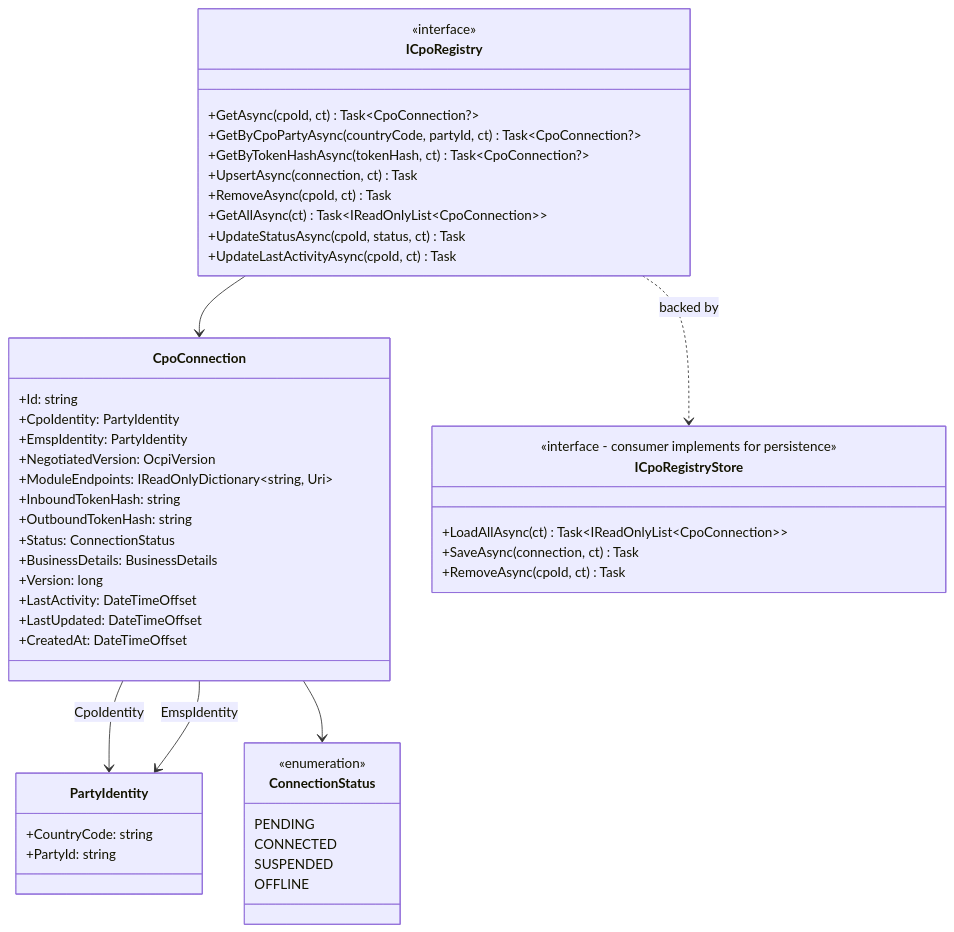
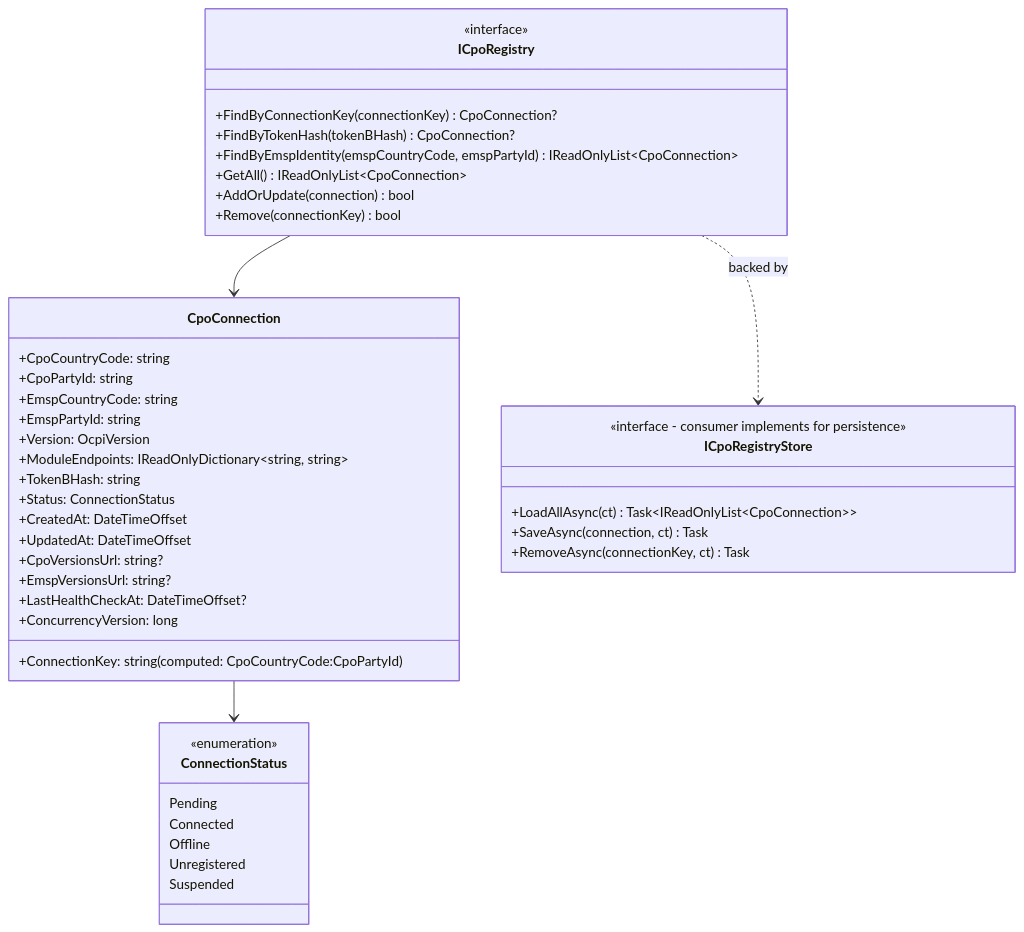
Diagram 24 of 34 in docs/architecture.md (hannan-m/DotOcpi), drawn with Mermaid before and after one commit. The commit also changed other lines of this file, not shown here.

First line of the commit message:
fix architecture.md to match actual implementation

````diff
--- a/docs/architecture.md
+++ b/docs/architecture.md
@@ -906,56 +923,50 @@
 ```mermaid
 classDiagram
     class ICpoRegistry {
         <<interface>>
-        +GetAsync(cpoId, ct) Task~CpoConnection?~
-        +GetByCpoPartyAsync(countryCode, partyId, ct) Task~CpoConnection?~
-        +GetByTokenHashAsync(tokenHash, ct) Task~CpoConnection?~
-        +UpsertAsync(connection, ct) Task
-        +RemoveAsync(cpoId, ct) Task
-        +GetAllAsync(ct) Task~IReadOnlyList~CpoConnection~~
-        +UpdateStatusAsync(cpoId, status, ct) Task
-        +UpdateLastActivityAsync(cpoId, ct) Task
+        +FindByConnectionKey(connectionKey) CpoConnection?
+        +FindByTokenHash(tokenBHash) CpoConnection?
+        +FindByEmspIdentity(emspCountryCode, emspPartyId) IReadOnlyList~CpoConnection~
+        +GetAll() IReadOnlyList~CpoConnection~
+        +AddOrUpdate(connection) bool
+        +Remove(connectionKey) bool
     }
 
     class CpoConnection {
-        +Id: string
-        +CpoIdentity: PartyIdentity
-        +EmspIdentity: PartyIdentity
-        +NegotiatedVersion: OcpiVersion
-        +ModuleEndpoints: IReadOnlyDictionary~string, Uri~
-        +InboundTokenHash: string
-        +OutboundTokenHash: string
+        +ConnectionKey: string (computed: CpoCountryCode:CpoPartyId)
+        +CpoCountryCode: string
+        +CpoPartyId: string
+        +EmspCountryCode: string
+        +EmspPartyId: string
+        +Version: OcpiVersion
+        +ModuleEndpoints: IReadOnlyDictionary~string, string~
+        +TokenBHash: string
         +Status: ConnectionStatus
-        +BusinessDetails: BusinessDetails
-        +Version: long
-        +LastActivity: DateTimeOffset
-        +LastUpdated: DateTimeOffset
         +CreatedAt: DateTimeOffset
-    }
-
-    class PartyIdentity {
-        +CountryCode: string
-        +PartyId: string
+        +UpdatedAt: DateTimeOffset
+        +CpoVersionsUrl: string?
+        +EmspVersionsUrl: string?
+        +LastHealthCheckAt: DateTimeOffset?
+        +ConcurrencyVersion: long
     }
 
     class ConnectionStatus {
         <<enumeration>>
-        PENDING
-        CONNECTED
-        SUSPENDED
-        OFFLINE
+        Pending
+        Connected
+        Offline
+        Unregistered
+        Suspended
     }
 
     class ICpoRegistryStore {
         <<interface - consumer implements for persistence>>
         +LoadAllAsync(ct) Task~IReadOnlyList~CpoConnection~~
         +SaveAsync(connection, ct) Task
-        +RemoveAsync(cpoId, ct) Task
+        +RemoveAsync(connectionKey, ct) Task
     }
 
     ICpoRegistry --> CpoConnection
-    CpoConnection --> PartyIdentity : CpoIdentity
-    CpoConnection --> PartyIdentity : EmspIdentity
     CpoConnection --> ConnectionStatus
     ICpoRegistry ..> ICpoRegistryStore : backed by
 ```
````
